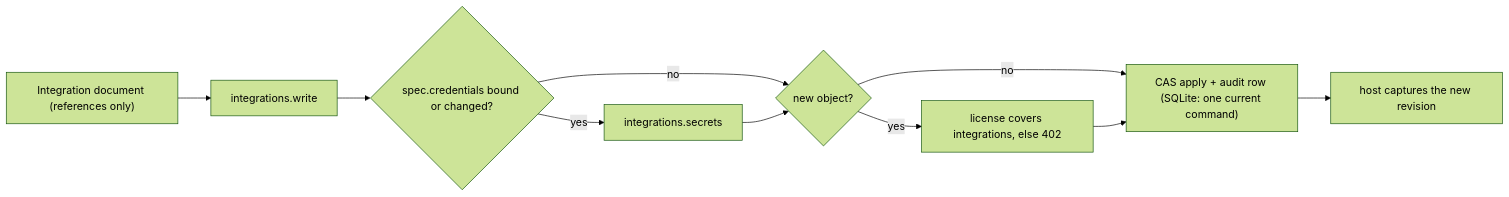
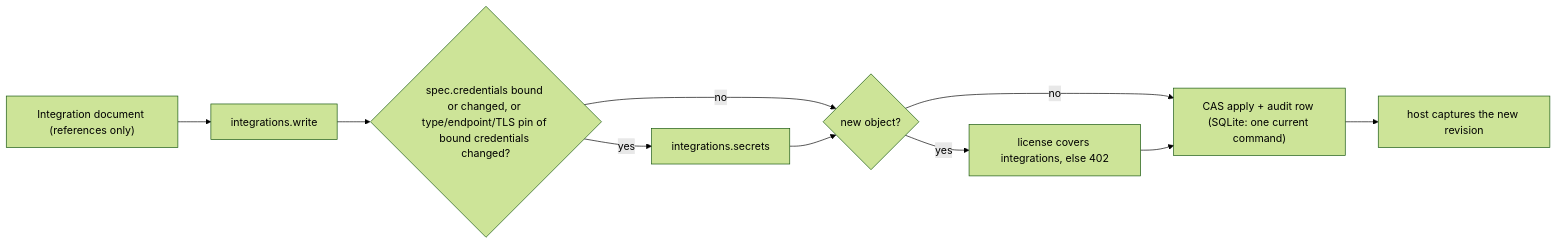
One commit to robertherbaugh/kudurru changed the first of 15 diagrams in docs/architecture/integrations.md. Above: the diagram before and after it, drawn with Mermaid (forest theme). The commit also changed other lines of this file and 5 other files, not shown here.

First line of the commit message:
fix(integrations): hide escaped credentials and guard endpoint moves

````diff
--- a/docs/architecture/integrations.md
+++ b/docs/architecture/integrations.md
@@ -34,12 +34,12 @@
 ```mermaid
 flowchart LR
     Doc["Integration document (references only)"] --> Write["integrations.write"]
-    Write --> Creds{"spec.credentials bound or changed?"}
+    Write --> Creds{"spec.credentials bound or changed, or type/endpoint/TLS pin of bound credentials changed?"}
     Creds -->|yes| Secrets["integrations.secrets"]
     Creds -->|no| New
     Secrets --> New{"new object?"}
     New -->|yes| License["license covers integrations, else 402"]
     New -->|no| Apply
     License --> Apply["CAS apply + audit row (SQLite: one current command)"]
     Apply --> Host["host captures the new revision"]
 ```
````
